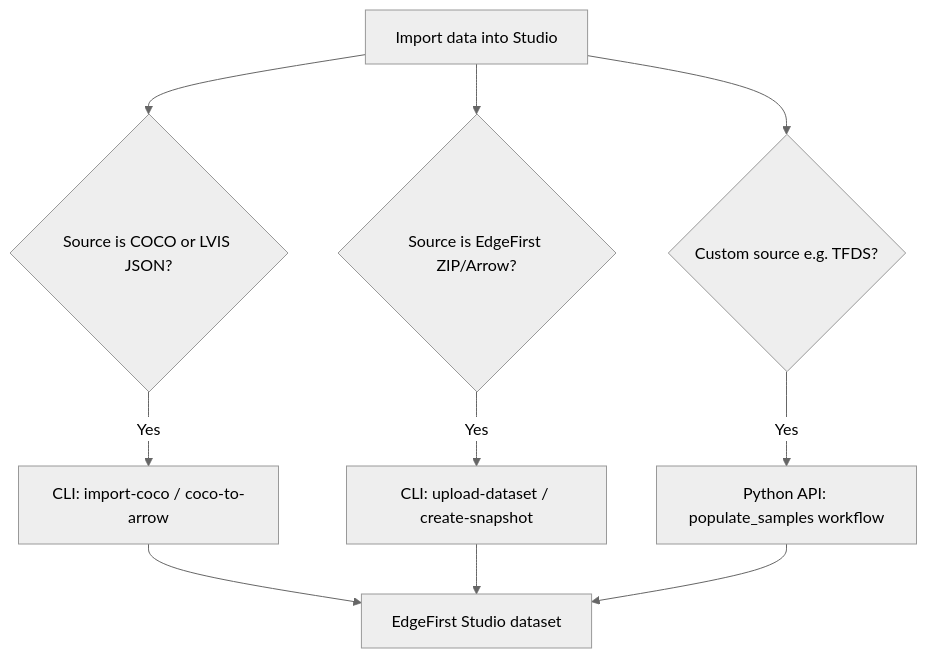
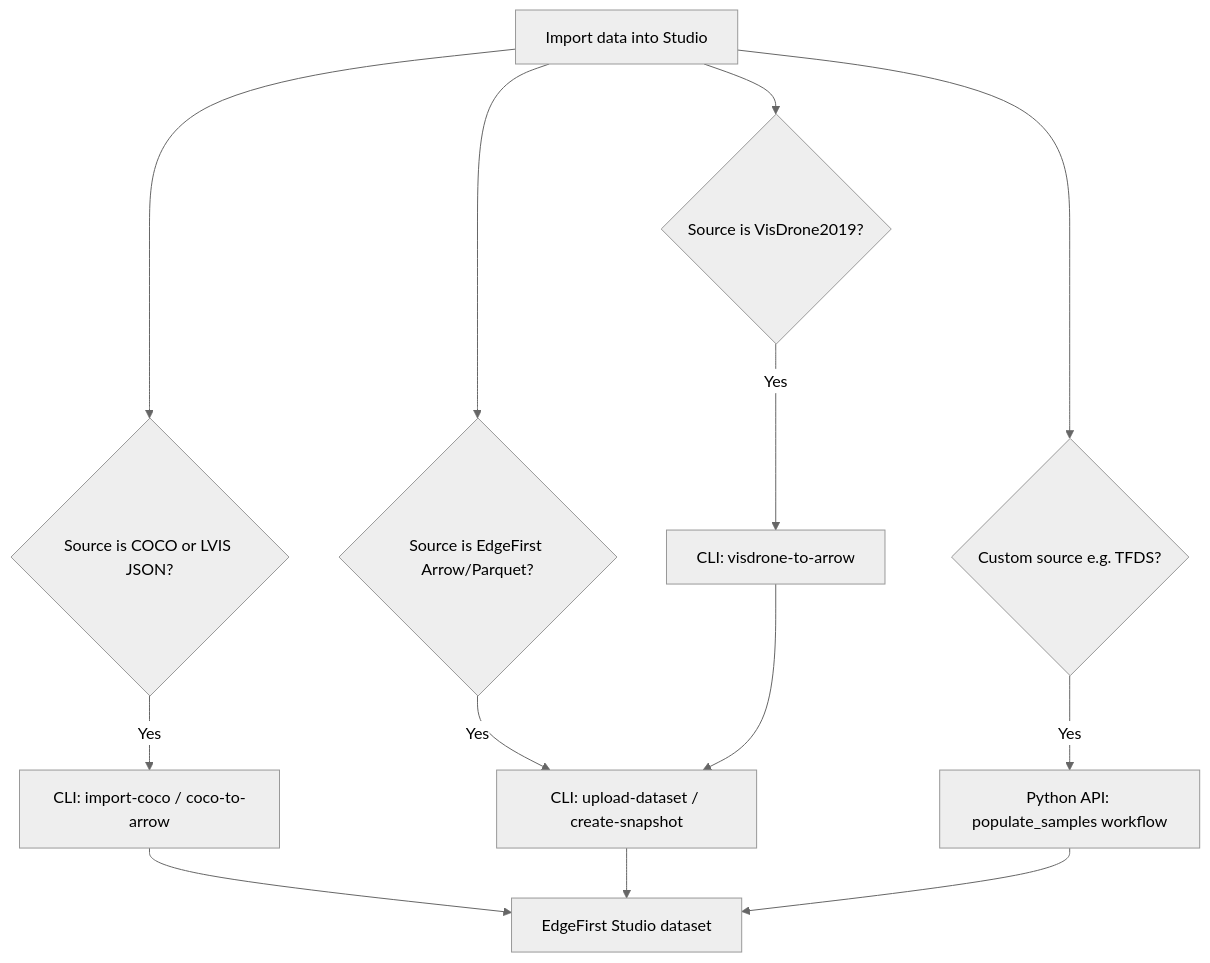
The first of 2 diagrams in docs/client/import.md (EdgeFirstAI/documentation), drawn with Mermaid (neutral theme) before and after one commit. The commit also changed other lines of this file and 14 other files, not shown here.

First line of the commit message:
DE-2971: Document EdgeFirst Dataset Format 2026.10 and edgefirst-client 2.15.0

````diff
--- a/docs/client/import.md
+++ b/docs/client/import.md
@@ -5,13 +5,16 @@
 ```mermaid
 flowchart TD
   start[Import data into Studio]
   start --> cocoPath{Source is COCO or LVIS JSON?}
-  start --> efPath{Source is EdgeFirst ZIP/Arrow?}
+  start --> visdronePath{Source is VisDrone2019?}
+  start --> efPath{Source is EdgeFirst Arrow/Parquet?}
   start --> customPath{Custom source e.g. TFDS?}
   cocoPath -->|Yes| nativeCoco["CLI: import-coco / coco-to-arrow"]
+  visdronePath -->|Yes| visdrone["CLI: visdrone-to-arrow"]
   efPath -->|Yes| efFormat["CLI: upload-dataset / create-snapshot"]
   customPath -->|Yes| pythonApi["Python API: populate_samples workflow"]
   nativeCoco --> studio[EdgeFirst Studio dataset]
+  visdrone --> efFormat
   efFormat --> studio
   pythonApi --> studio
 ```
````
